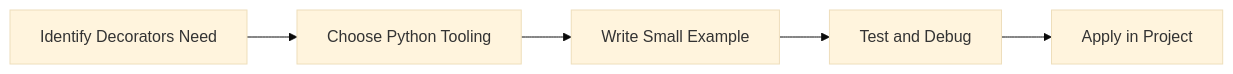
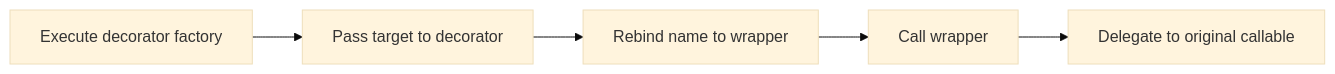
Before and after one commit to SYMOIZ/E-Learning-Portal: the diagram in Python-Mastery/Intermediate/12-decorators.md, drawn with Mermaid (base theme). The commit also changed other lines of this file and 116 other files, not shown here.

````diff
--- a/Python-Mastery/Intermediate/12-decorators.md
+++ b/Python-Mastery/Intermediate/12-decorators.md
@@ -177,7 +180,7 @@
 ```mermaid
 flowchart LR
-    A[Identify Decorators Need] --> B[Choose Python Tooling]
-    B --> C[Write Small Example]
-    C --> D[Test and Debug]
-    D --> E[Apply in Project]
+    A[Execute decorator factory] --> B[Pass target to decorator]
+    B --> C[Rebind name to wrapper]
+    C --> D[Call wrapper]
+    D --> E[Delegate to original callable]
 ```
````
